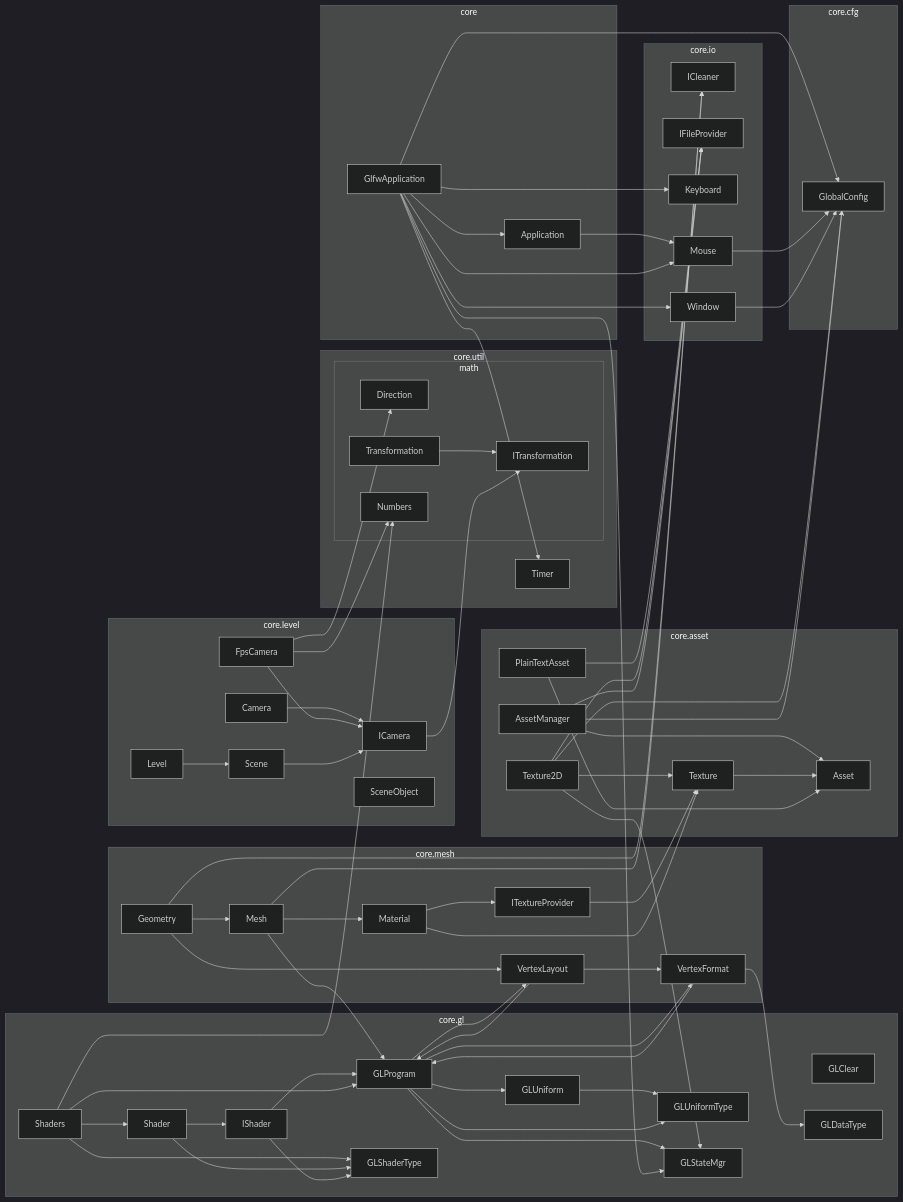
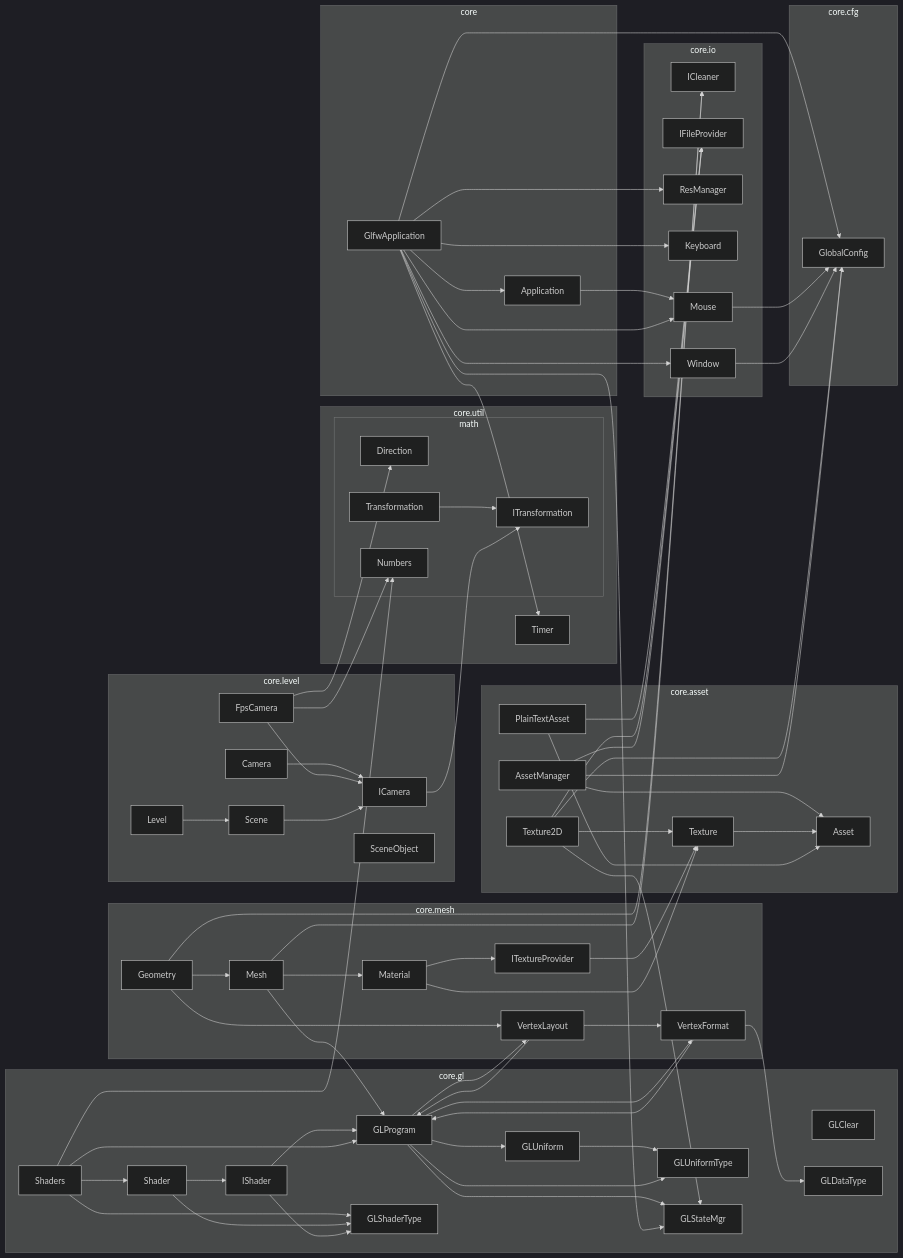
One commit to Over-Run/swgl-core changed the diagram in README.md. Above: the diagram before and after it, drawn with Mermaid (dark theme). The commit also changed 17 other files, not shown here.

````diff
--- a/README.md
+++ b/README.md
@@ -25,75 +25,77 @@
 ```mermaid
 graph LR
 subgraph core.asset
     AssetManager-->Asset
     Texture2D-->Texture-->Asset
     PlainTextAsset-->Asset
 end
 subgraph core.cfg
     GlobalConfig
 end
 subgraph core.gl
     GLClear
     GLDataType
     Shaders-->Shader-->IShader-->GLProgram-->GLUniform-->GLUniformType
     Shaders-->GLProgram-->GLUniformType
     Shaders-->GLShaderType
     Shader-->GLShaderType
     IShader-->GLShaderType
     GLProgram-->GLStateMgr
 end
 subgraph core.io
     ICleaner
     IFileProvider
+    ResManager
     Keyboard
     Mouse
     Window
 end
 subgraph core.level
     Camera-->ICamera
     FpsCamera-->ICamera
     Level-->Scene-->ICamera
     SceneObject
 end
 subgraph core.util
     Timer
     subgraph math
         Direction
         Transformation-->ITransformation
         Numbers
     end
 end
 subgraph core.mesh
     Geometry-->Mesh-->GLProgram
     Geometry-->VertexLayout-->VertexFormat-->GLDataType
     Geometry-->ICleaner
     Mesh-->ICleaner
     Mesh-->Material-->ITextureProvider
 end
 subgraph core
     ga[GlfwApplication]-->Application
 end
 VertexFormat-->GLProgram-->VertexLayout-->GLProgram
 GLProgram-->VertexFormat
 PlainTextAsset-->IFileProvider
 Texture2D-->GlobalConfig
 Texture2D-->GLStateMgr
 Texture2D-->IFileProvider
 ITextureProvider-->Texture
 Material-->Texture
 Application-->Mouse
 ga-->Mouse
 ga-->Timer
 ga-->GLStateMgr
 ga-->GlobalConfig
 ga-->Keyboard
 ga-->Window
+ga-->ResManager
 ICamera-->ITransformation
 FpsCamera-->Direction
 FpsCamera-->Numbers
 AssetManager-->IFileProvider
 AssetManager-->GlobalConfig
 Mouse-->GlobalConfig
 Window-->GlobalConfig
 Shaders-->Numbers
 ```
````
